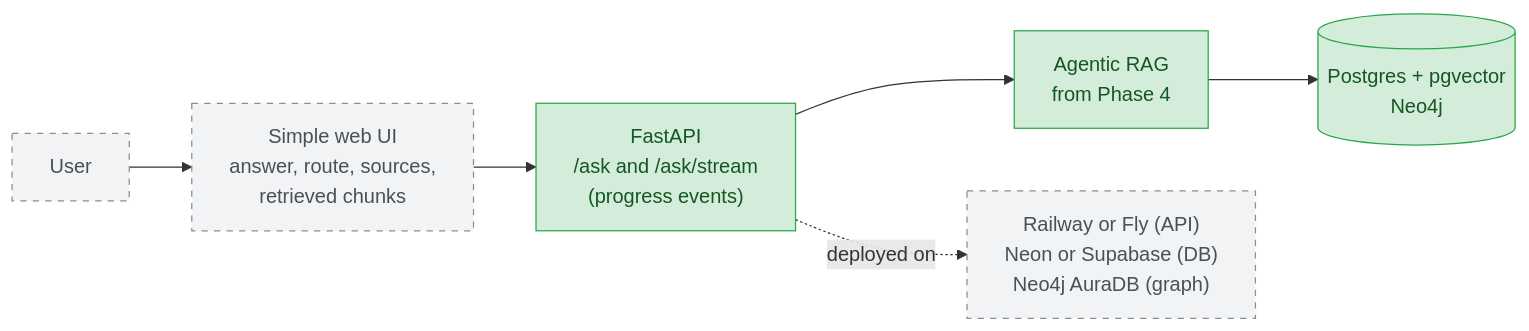
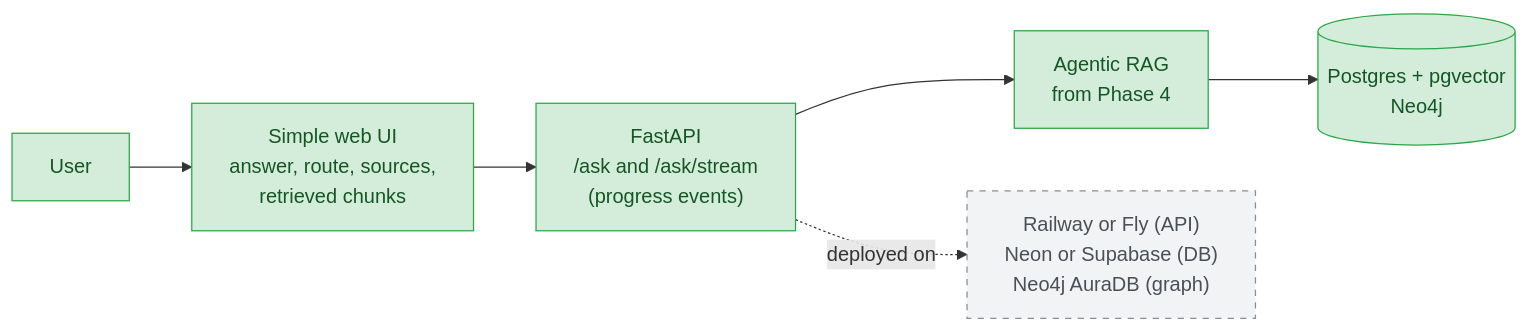
Before and after one commit to madeleine68/Reportlens: the eighth of 9 diagrams in README.md, drawn with Mermaid. The commit also changed other lines of this file and 5 other files, not shown here.

````diff
--- a/README.md
+++ b/README.md
@@ -357,13 +357,13 @@
 ```mermaid
 flowchart LR
     user["User"] --> ui["Simple web UI<br/>answer, route, sources,<br/>retrieved chunks"]
     ui --> api["FastAPI<br/>/ask and /ask/stream<br/>(progress events)"]
     api --> agent["Agentic RAG<br/>from Phase 4"]
     agent --> dbs[("Postgres + pgvector<br/>Neo4j")]
     api -.->|"deployed on"| cloud["Railway or Fly (API)<br/>Neon or Supabase (DB)<br/>Neo4j AuraDB (graph)"]
 
     classDef planned fill:#f1f3f5,stroke:#868e96,color:#495057,stroke-dasharray: 5 5
     classDef done fill:#d4edda,stroke:#28a745,color:#155724
-    class api,agent,dbs done
-    class user,ui,cloud planned
+    class user,ui,api,agent,dbs done
+    class cloud planned
 ```
````
